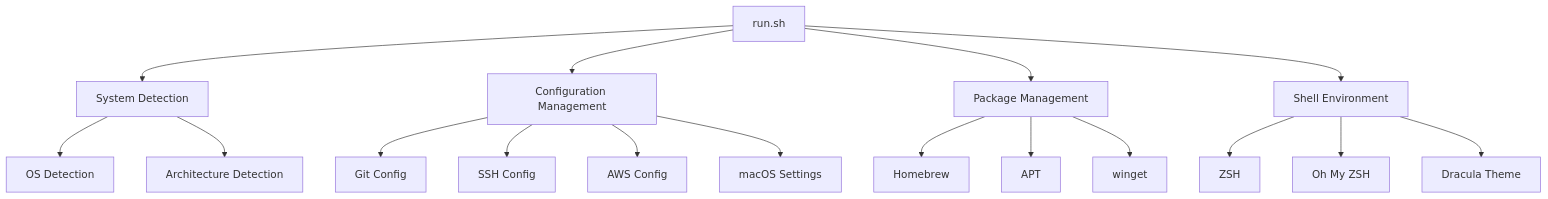
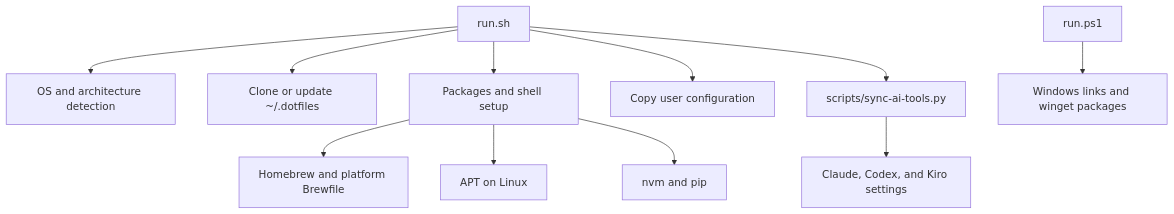
The diagram in docs/ARCHITECTURE.md (nalbam/dotfiles), drawn with Mermaid before and after one commit. The commit also changed other lines of this file and 13 other files, not shown here.

````diff
--- a/docs/ARCHITECTURE.md
+++ b/docs/ARCHITECTURE.md
@@ -9,23 +19,13 @@
 ```mermaid
-graph TD
-    A[run.sh] --> B[System Detection]
-    A --> C[Configuration Management]
-    A --> D[Package Management]
-    A --> E[Shell Environment]
-
-    B --> B1[OS Detection]
-    B --> B2[Architecture Detection]
-
-    C --> C1[Git Config]
-    C --> C2[SSH Config]
-    C --> C3[AWS Config]
-    C --> C4[macOS Settings]
-
-    D --> D1[Homebrew]
-    D --> D2[APT]
-    D --> D3[winget]
-
-    E --> E1[ZSH]
-    E --> E2[Oh My ZSH]
-    E --> E3[Dracula Theme]
+flowchart TD
+    A[run.sh] --> B[OS and architecture detection]
+    A --> C[Clone or update ~/.dotfiles]
+    A --> D[Packages and shell setup]
+    A --> E[Copy user configuration]
+    A --> F[scripts/sync-ai-tools.py]
+    D --> G[Homebrew and platform Brewfile]
+    D --> H[APT on Linux]
+    D --> I[nvm and pip]
+    F --> J[Claude, Codex, and Kiro settings]
+    K[run.ps1] --> L[Windows links and winget packages]
 ```
````
